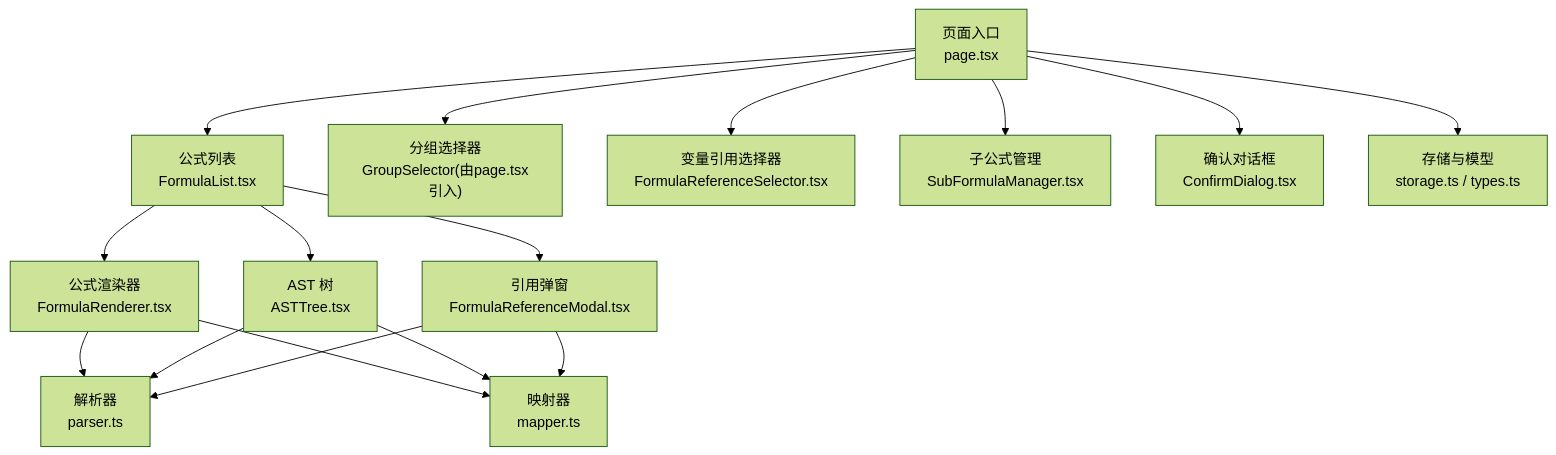
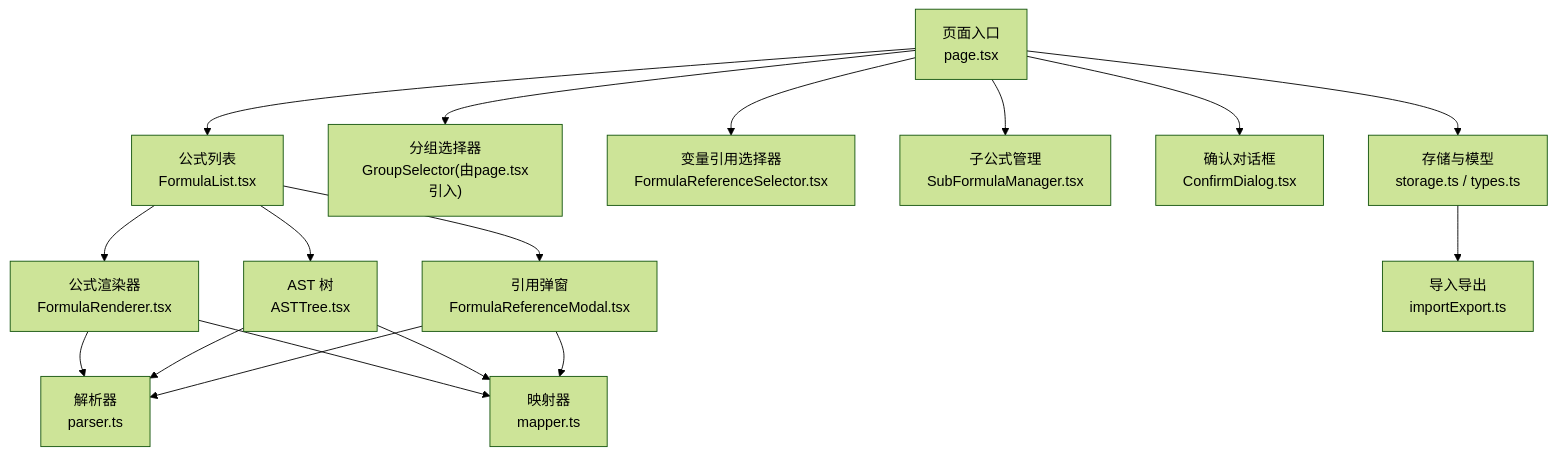
The first of 5 diagrams in .qoder/repowiki/zh/content/用户指南/公式管理/公式管理.md (steveyu2/formula-mapper), drawn with Mermaid (forest theme) before and after one commit. The commit also changed other lines of this file and 10 other files, not shown here.

````diff
--- a/.qoder/repowiki/zh/content/用户指南/公式管理/公式管理.md
+++ b/.qoder/repowiki/zh/content/用户指南/公式管理/公式管理.md
@@ -43,18 +53,19 @@
 ```mermaid
 graph TB
 A["页面入口<br/>page.tsx"] --> B["公式列表<br/>FormulaList.tsx"]
 A --> C["分组选择器<br/>GroupSelector(由page.tsx引入)"]
 B --> D["公式渲染器<br/>FormulaRenderer.tsx"]
 B --> E["AST 树<br/>ASTTree.tsx"]
 B --> F["引用弹窗<br/>FormulaReferenceModal.tsx"]
 A --> G["变量引用选择器<br/>FormulaReferenceSelector.tsx"]
 A --> H["子公式管理<br/>SubFormulaManager.tsx"]
 A --> I["确认对话框<br/>ConfirmDialog.tsx"]
 A --> J["存储与模型<br/>storage.ts / types.ts"]
 D --> K["解析器<br/>parser.ts"]
 D --> L["映射器<br/>mapper.ts"]
 E --> K
 E --> L
 F --> K
 F --> L
+J --> M["导入导出<br/>importExport.ts"]
 ```
````
